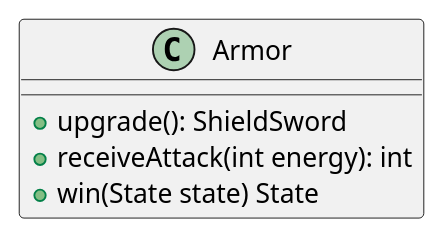
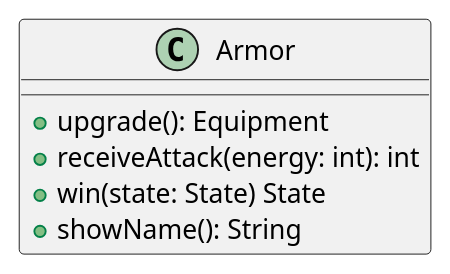
One commit to PabloGCH/tp2-algo3 changed the diagram in diagrams/classes/Equipment/Armor.puml. Above: the diagram before and after it, drawn with PlantUML. The commit also changed 66 other files, not shown here.

```diff
--- a/diagrams/classes/Equipment/Armor.puml
+++ b/diagrams/classes/Equipment/Armor.puml
@@ -1,7 +1,8 @@
 @startuml
 class Armor {
-    +upgrade(): ShieldSword
-    +receiveAttack(int energy): int
-    +win(State state) State
+    +upgrade(): Equipment
+    +receiveAttack(energy: int): int
+    +win(state: State) State
+    +showName(): String
 }
 @enduml
```
